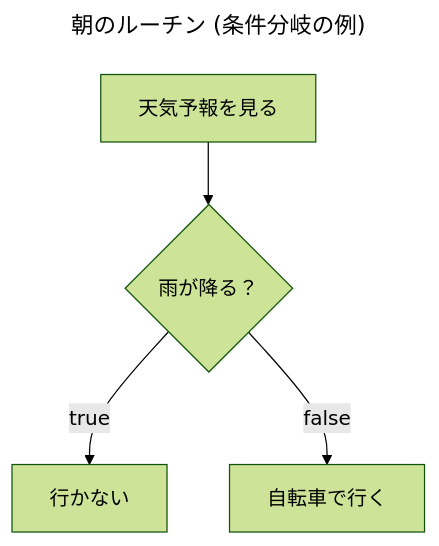
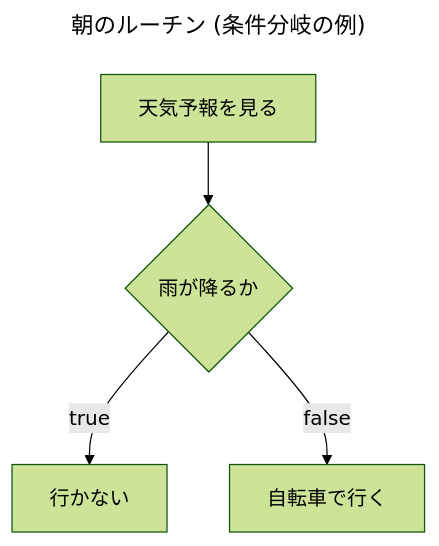
The fifth of 5 diagrams in flowchart_examples.md (yattom/todo-breaking), drawn with Mermaid (forest theme) before and after one commit. The commit also changed other lines of this file, not shown here.

````diff
--- a/flowchart_examples.md
+++ b/flowchart_examples.md
@@ -38,13 +47,13 @@
 ```mermaid
 ---
 title: 朝のルーチン (条件分岐の例)
 ---
 flowchart TB
     id0[天気予報を見る]
-    id1{雨が降る？}
+    id1{雨が降るか}
     id2[自転車で行く]
     id3[行かない]
     id0 --> id1
     id1 -- true --> id3
     id1 -- false --> id2
 ```
````
